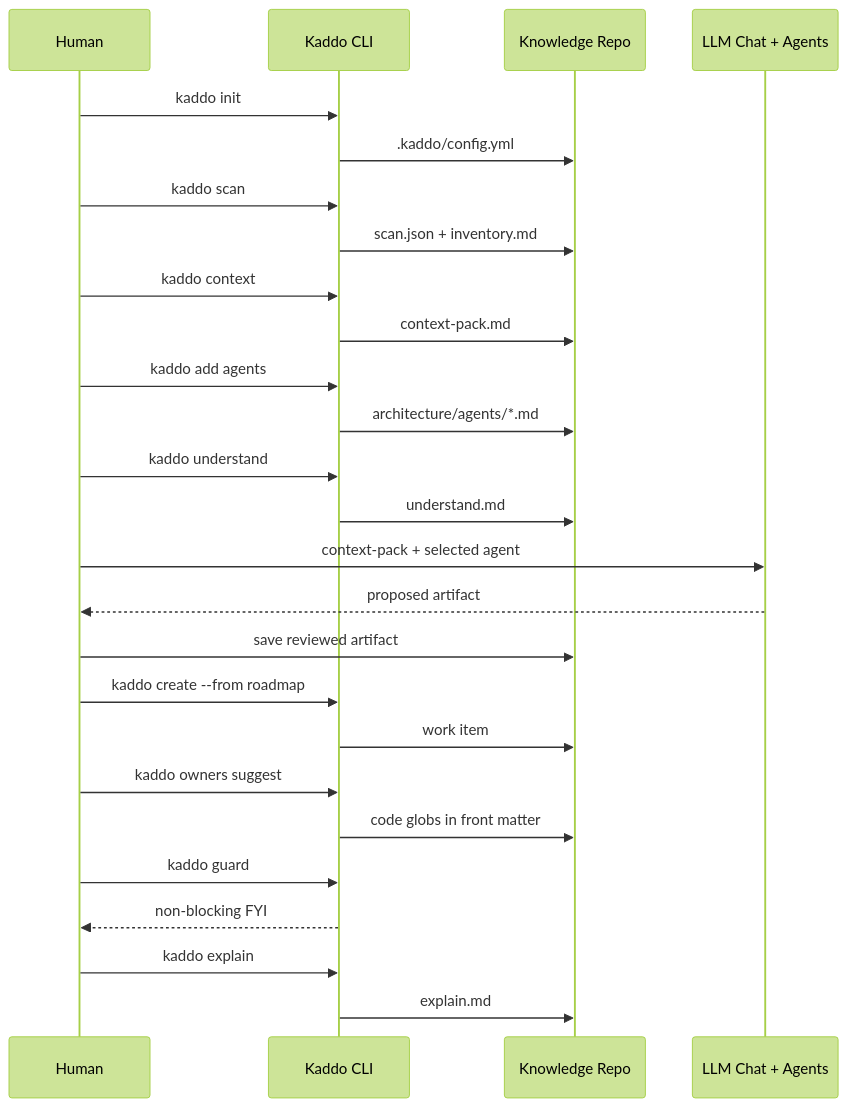
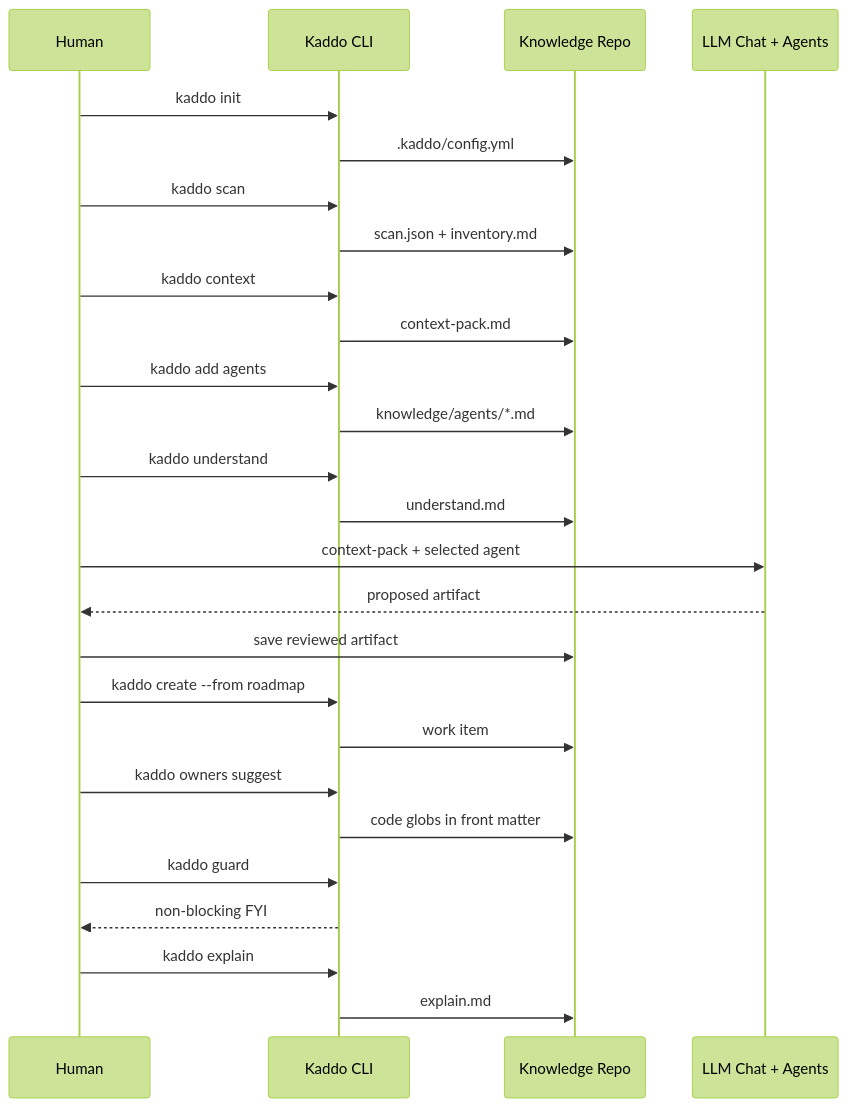
Before and after one commit to Kaddo-kdd/kaddo: the fourth of 10 diagrams in apps/docs/src/content/docs/visual-guide.md, drawn with Mermaid (forest theme). The commit also changed other lines of this file and 105 other files, not shown here.

````diff
--- a/apps/docs/src/content/docs/visual-guide.md
+++ b/apps/docs/src/content/docs/visual-guide.md
@@ -98,28 +117,28 @@
 ```mermaid
 sequenceDiagram
     participant H as Human
     participant CLI as Kaddo CLI
     participant Repo as Knowledge Repo
     participant LLM as LLM Chat + Agents
     H->>CLI: kaddo init
     CLI->>Repo: .kaddo/config.yml
     H->>CLI: kaddo scan
     CLI->>Repo: scan.json + inventory.md
     H->>CLI: kaddo context
     CLI->>Repo: context-pack.md
     H->>CLI: kaddo add agents
-    CLI->>Repo: architecture/agents/*.md
+    CLI->>Repo: knowledge/agents/*.md
     H->>CLI: kaddo understand
     CLI->>Repo: understand.md
     H->>LLM: context-pack + selected agent
     LLM-->>H: proposed artifact
     H->>Repo: save reviewed artifact
     H->>CLI: kaddo create --from roadmap
     CLI->>Repo: work item
     H->>CLI: kaddo owners suggest
     CLI->>Repo: code globs in front matter
     H->>CLI: kaddo guard
     CLI-->>H: non-blocking FYI
     H->>CLI: kaddo explain
     CLI->>Repo: explain.md
 ```
````
